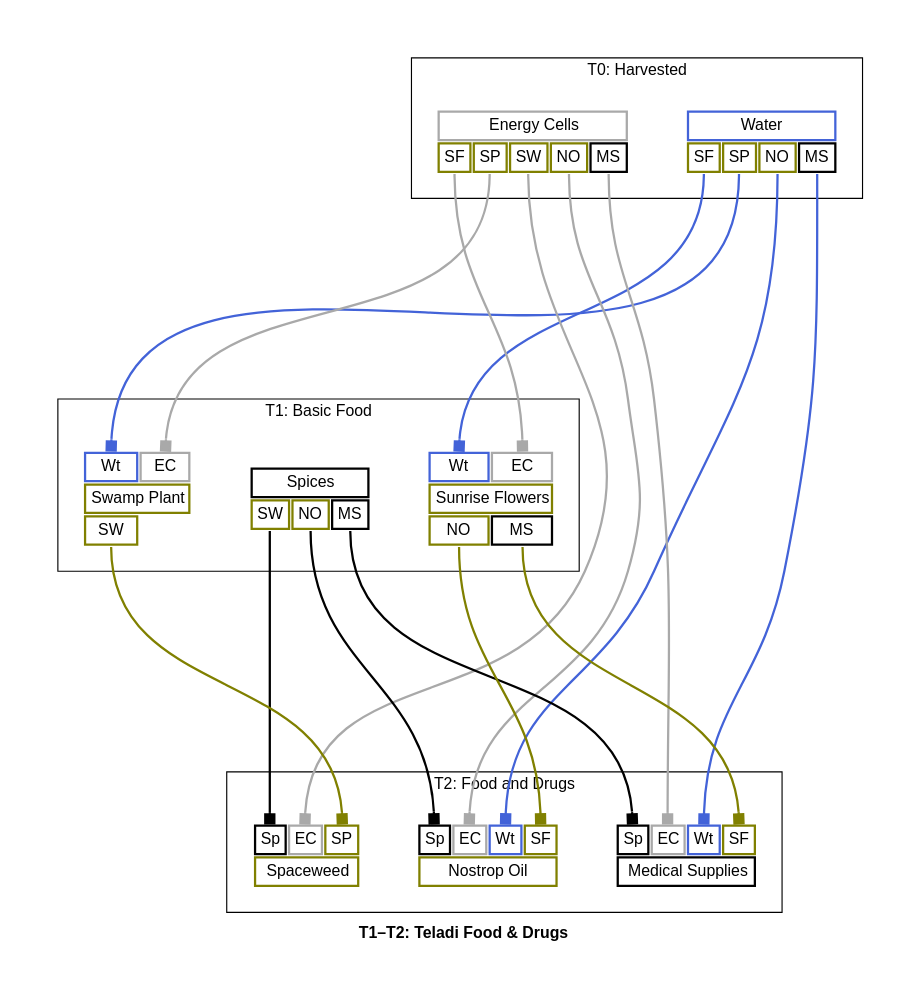
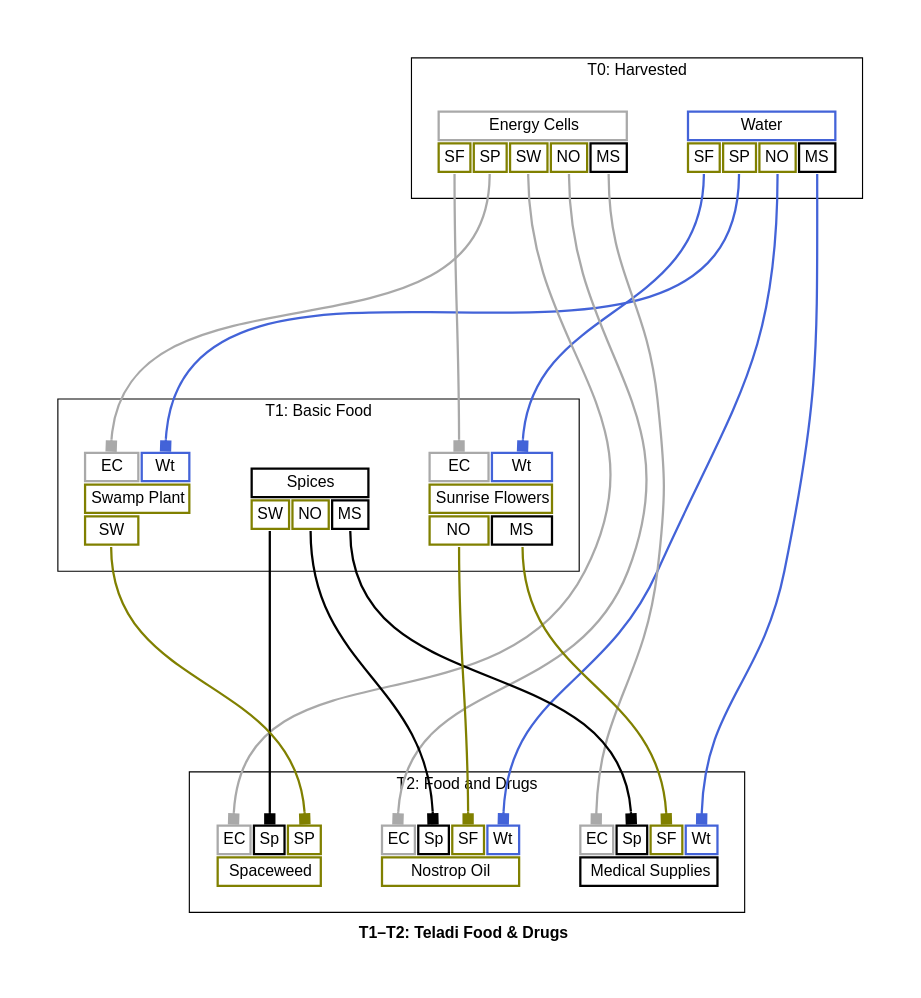
The diagram in docs/t1_t2_teladi_food_drugs_graph_full.dot (borntyping/x4-diagrams), drawn with Graphviz before and after one commit. The commit also changed other lines of this file and 80 other files, not shown here.

```diff
--- a/docs/t1_t2_teladi_food_drugs_graph_full.dot
+++ b/docs/t1_t2_teladi_food_drugs_graph_full.dot
@@ -1,188 +1,188 @@
 digraph "X4 Economy" {
 	edge [arrowType=normal]
 	compound=true fontname="Helvetica,Arial,sans-serif"
 	label=<<b>T1–T2: Teladi Food &amp; Drugs</b>>
 	graph [nodesep=0.3 pad=0.5 ranksep=3]
 	node [color=slategray1 fontname="Helvetica,Arial,sans-serif" margin=0.2 penwidth=2.0 shape=plaintext]
 	edge [arrowhead=normal arrowsize=1.0 fontname="Helvetica,Arial,sans-serif" headport=n penwidth=2.0 tailport=s]
 	subgraph 0 {
 		cluster=true label="T0: Harvested"
 		water [label=<<table border="0" cellborder="2" cellpadding="4" cellspacing="1" fixedsize="false" id="water" port="output">
   
   <tr>
     <td align="text" bgcolor="white" color="#4363d8" colspan="4">Water</td>
   </tr>
   
     <tr>
       
         <td align="text" bgcolor="white" color="#808000" port="sunrise_flowers">SF</td>
       
         <td align="text" bgcolor="white" color="#808000" port="swamp_plant">SP</td>
       
         <td align="text" bgcolor="white" color="#808000" port="nostrop_oil">NO</td>
       
         <td align="text" bgcolor="white" color="#000000" port="medical_supplies">MS</td>
       
     </tr>
   
 </table>>]
 		energy_cells [label=<<table border="0" cellborder="2" cellpadding="4" cellspacing="1" fixedsize="false" id="energy_cells" port="output">
   
   <tr>
     <td align="text" bgcolor="white" color="#a9a9a9" colspan="5">Energy Cells</td>
   </tr>
   
     <tr>
       
         <td align="text" bgcolor="white" color="#808000" port="sunrise_flowers">SF</td>
       
         <td align="text" bgcolor="white" color="#808000" port="swamp_plant">SP</td>
       
         <td align="text" bgcolor="white" color="#808000" port="spaceweed">SW</td>
       
         <td align="text" bgcolor="white" color="#808000" port="nostrop_oil">NO</td>
       
         <td align="text" bgcolor="white" color="#000000" port="medical_supplies">MS</td>
       
     </tr>
   
 </table>>]
 	}
 	subgraph 1 {
 		cluster=true label="T1: Basic Food"
 		spices [label=<<table border="0" cellborder="2" cellpadding="4" cellspacing="1" fixedsize="false" id="spices" port="output">
   
   <tr>
     <td align="text" bgcolor="white" color="#000000" colspan="3">Spices</td>
   </tr>
   
     <tr>
       
         <td align="text" bgcolor="white" color="#808000" port="spaceweed">SW</td>
       
         <td align="text" bgcolor="white" color="#808000" port="nostrop_oil">NO</td>
       
         <td align="text" bgcolor="white" color="#000000" port="medical_supplies">MS</td>
       
     </tr>
   
 </table>>]
 		sunrise_flowers [label=<<table border="0" cellborder="2" cellpadding="4" cellspacing="1" fixedsize="false" id="sunrise_flowers" port="output">
   
     <tr>
       
+        <td align="text" bgcolor="white" color="#a9a9a9" port="energy_cells">EC</td>
+      
         <td align="text" bgcolor="white" color="#4363d8" port="water">Wt</td>
-      
-        <td align="text" bgcolor="white" color="#a9a9a9" port="energy_cells">EC</td>
       
     </tr>
   
   <tr>
     <td align="text" bgcolor="white" color="#808000" colspan="2">Sunrise Flowers</td>
   </tr>
   
     <tr>
       
         <td align="text" bgcolor="white" color="#808000" port="nostrop_oil">NO</td>
       
         <td align="text" bgcolor="white" color="#000000" port="medical_supplies">MS</td>
       
     </tr>
   
 </table>>]
 		swamp_plant [label=<<table border="0" cellborder="2" cellpadding="4" cellspacing="1" fixedsize="false" id="swamp_plant" port="output">
   
     <tr>
       
+        <td align="text" bgcolor="white" color="#a9a9a9" port="energy_cells">EC</td>
+      
         <td align="text" bgcolor="white" color="#4363d8" port="water">Wt</td>
-      
-        <td align="text" bgcolor="white" color="#a9a9a9" port="energy_cells">EC</td>
       
     </tr>
   
   <tr>
     <td align="text" bgcolor="white" color="#808000" colspan="2">Swamp Plant</td>
   </tr>
   
     <tr>
       
         <td align="text" bgcolor="white" color="#808000" port="spaceweed">SW</td>
       
     </tr>
   
 </table>>]
 	}
 	subgraph 2 {
 		cluster=true label="T2: Food and Drugs"
 		spaceweed [label=<<table border="0" cellborder="2" cellpadding="4" cellspacing="1" fixedsize="false" id="spaceweed" port="output">
   
     <tr>
       
+        <td align="text" bgcolor="white" color="#a9a9a9" port="energy_cells">EC</td>
+      
         <td align="text" bgcolor="white" color="#000000" port="spices">Sp</td>
-      
-        <td align="text" bgcolor="white" color="#a9a9a9" port="energy_cells">EC</td>
       
         <td align="text" bgcolor="white" color="#808000" port="swamp_plant">SP</td>
       
     </tr>
   
   <tr>
     <td align="text" bgcolor="white" color="#808000" colspan="3">Spaceweed</td>
   </tr>
   
 </table>>]
 		nostrop_oil [label=<<table border="0" cellborder="2" cellpadding="4" cellspacing="1" fixedsize="false" id="nostrop_oil" port="output">
   
     <tr>
       
+        <td align="text" bgcolor="white" color="#a9a9a9" port="energy_cells">EC</td>
+      
         <td align="text" bgcolor="white" color="#000000" port="spices">Sp</td>
       
-        <td align="text" bgcolor="white" color="#a9a9a9" port="energy_cells">EC</td>
+        <td align="text" bgcolor="white" color="#808000" port="sunrise_flowers">SF</td>
       
         <td align="text" bgcolor="white" color="#4363d8" port="water">Wt</td>
-      
-        <td align="text" bgcolor="white" color="#808000" port="sunrise_flowers">SF</td>
       
     </tr>
   
   <tr>
     <td align="text" bgcolor="white" color="#808000" colspan="4">Nostrop Oil</td>
   </tr>
   
 </table>>]
 		medical_supplies [label=<<table border="0" cellborder="2" cellpadding="4" cellspacing="1" fixedsize="false" id="medical_supplies" port="output">
   
     <tr>
       
+        <td align="text" bgcolor="white" color="#a9a9a9" port="energy_cells">EC</td>
+      
         <td align="text" bgcolor="white" color="#000000" port="spices">Sp</td>
       
-        <td align="text" bgcolor="white" color="#a9a9a9" port="energy_cells">EC</td>
+        <td align="text" bgcolor="white" color="#808000" port="sunrise_flowers">SF</td>
       
         <td align="text" bgcolor="white" color="#4363d8" port="water">Wt</td>
-      
-        <td align="text" bgcolor="white" color="#808000" port="sunrise_flowers">SF</td>
       
     </tr>
   
   <tr>
     <td align="text" bgcolor="white" color="#000000" colspan="4">Medical Supplies</td>
   </tr>
   
 </table>>]
 	}
 	energy_cells:sunrise_flowers:s -> sunrise_flowers:energy_cells:n [arrowhead=box color="#a9a9a9" weight=1.0]
 	water:sunrise_flowers:s -> sunrise_flowers:water:n [arrowhead=box color="#4363d8" weight=1.0]
 	energy_cells:swamp_plant:s -> swamp_plant:energy_cells:n [arrowhead=box color="#a9a9a9" weight=1.0]
 	water:swamp_plant:s -> swamp_plant:water:n [arrowhead=box color="#4363d8" weight=1.0]
 	energy_cells:spaceweed:s -> spaceweed:energy_cells:n [arrowhead=box color="#a9a9a9" weight=1.0]
 	spices:spaceweed:s -> spaceweed:spices:n [arrowhead=box color="#000000" weight=1.0]
 	swamp_plant:spaceweed:s -> spaceweed:swamp_plant:n [arrowhead=box color="#808000" weight=1.0]
 	energy_cells:nostrop_oil:s -> nostrop_oil:energy_cells:n [arrowhead=box color="#a9a9a9" weight=1.0]
 	spices:nostrop_oil:s -> nostrop_oil:spices:n [arrowhead=box color="#000000" weight=1.0]
 	sunrise_flowers:nostrop_oil:s -> nostrop_oil:sunrise_flowers:n [arrowhead=box color="#808000" weight=1.0]
 	water:nostrop_oil:s -> nostrop_oil:water:n [arrowhead=box color="#4363d8" weight=1.0]
 	energy_cells:medical_supplies:s -> medical_supplies:energy_cells:n [arrowhead=box color="#a9a9a9" weight=1.0]
 	spices:medical_supplies:s -> medical_supplies:spices:n [arrowhead=box color="#000000" weight=1.0]
 	sunrise_flowers:medical_supplies:s -> medical_supplies:sunrise_flowers:n [arrowhead=box color="#808000" weight=1.0]
 	water:medical_supplies:s -> medical_supplies:water:n [arrowhead=box color="#4363d8" weight=1.0]
 }
```
